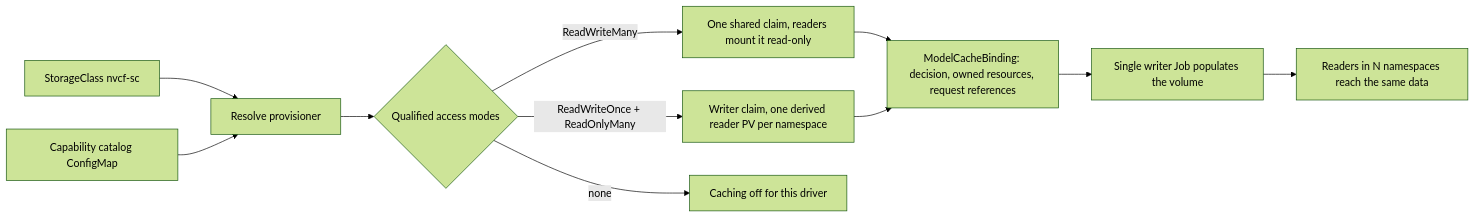
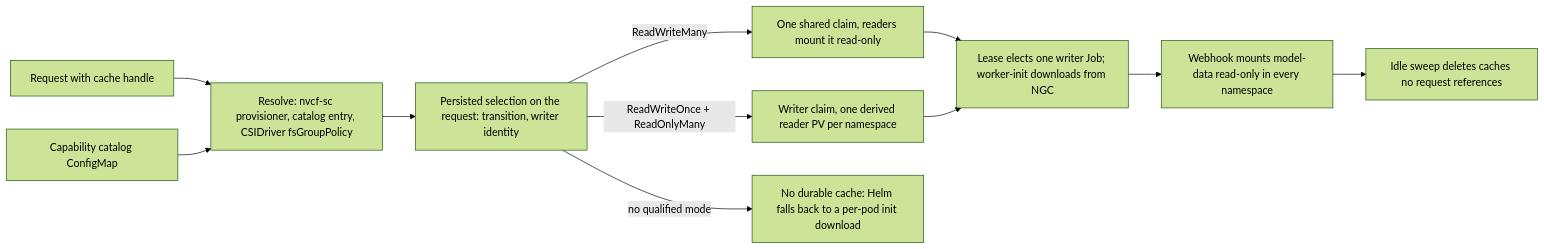
One commit to DLEVI-NVIDIA/nvcf changed the first of 3 diagrams in docs/dev/sdd-storage-agnostic-cache-architecture.md. Above: the diagram before and after it, drawn with Mermaid (forest theme). The commit also changed other lines of this file and 10 other files, not shown here.

Commit message:
docs(nvca): refresh the model cache SDD diagrams and the Helm model caching page (#2366)

````diff
--- a/docs/dev/sdd-storage-agnostic-cache-architecture.md
+++ b/docs/dev/sdd-storage-agnostic-cache-architecture.md
@@ -12,13 +14,13 @@
 ```mermaid
 flowchart LR
-  SC["StorageClass nvcf-sc"] --> RES["Resolve provisioner"]
+  REQ["Request with cache handle"] --> RES["Resolve: nvcf-sc provisioner, catalog entry, CSIDriver fsGroupPolicy"]
   CAT["Capability catalog ConfigMap"] --> RES
-  RES --> MODES{"Qualified access modes"}
-  MODES -->|ReadWriteMany| RWX["One shared claim, readers mount it read-only"]
-  MODES -->|ReadWriteOnce + ReadOnlyMany| ROX["Writer claim, one derived reader PV per namespace"]
-  MODES -->|none| OFF["Caching off for this driver"]
-  RWX --> BIND["ModelCacheBinding: decision, owned resources, request references"]
-  ROX --> BIND
-  BIND --> WRITE["Single writer Job populates the volume"]
-  WRITE --> READ["Readers in N namespaces reach the same data"]
+  RES --> SEL["Persisted selection on the request: transition, writer identity"]
+  SEL -->|ReadWriteMany| RWX["One shared claim, readers mount it read-only"]
+  SEL -->|ReadWriteOnce + ReadOnlyMany| ROX["Writer claim, one derived reader PV per namespace"]
+  SEL -->|no qualified mode| OFF["No durable cache: Helm falls back to a per-pod init download"]
+  RWX --> WRITE["Lease elects one writer Job; worker-init downloads from NGC"]
+  ROX --> WRITE
+  WRITE --> READ["Webhook mounts model-data read-only in every namespace"]
+  READ --> GC["Idle sweep deletes caches no request references"]
 ```
````
